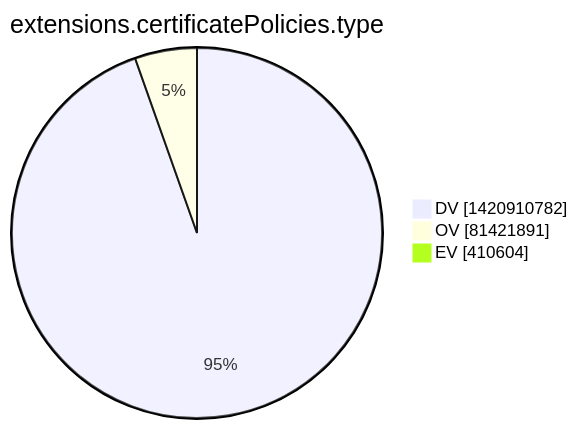
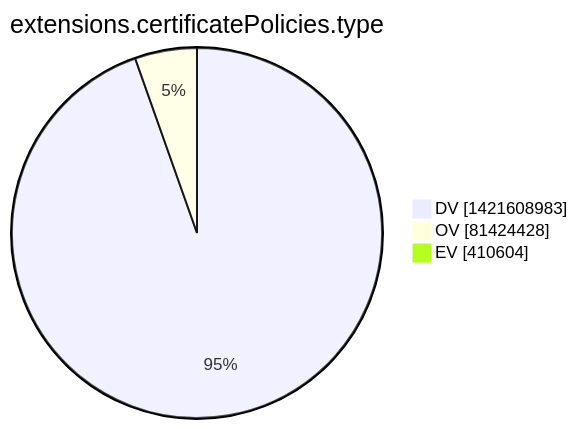
One commit to christiankrug/ctmonitor_visualization changed the tenth of 15 diagrams in xenon2022/README.md. Above: the diagram before and after it, drawn with Mermaid. The commit also changed other lines of this file, not shown here.

````diff
--- a/xenon2022/README.md
+++ b/xenon2022/README.md
@@ -2866,7 +2866,7 @@
 ```mermaid
 pie showData
 title extensions.certificatePolicies.type
-"DV" :1420910782
-"OV" :81421891
+"DV" :1421608983
+"OV" :81424428
 "EV" :410604
 ```
````
